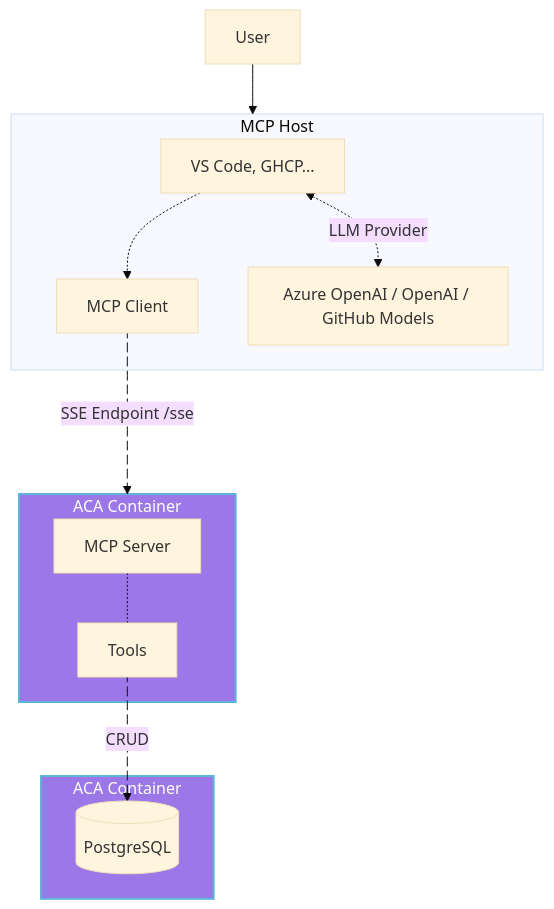
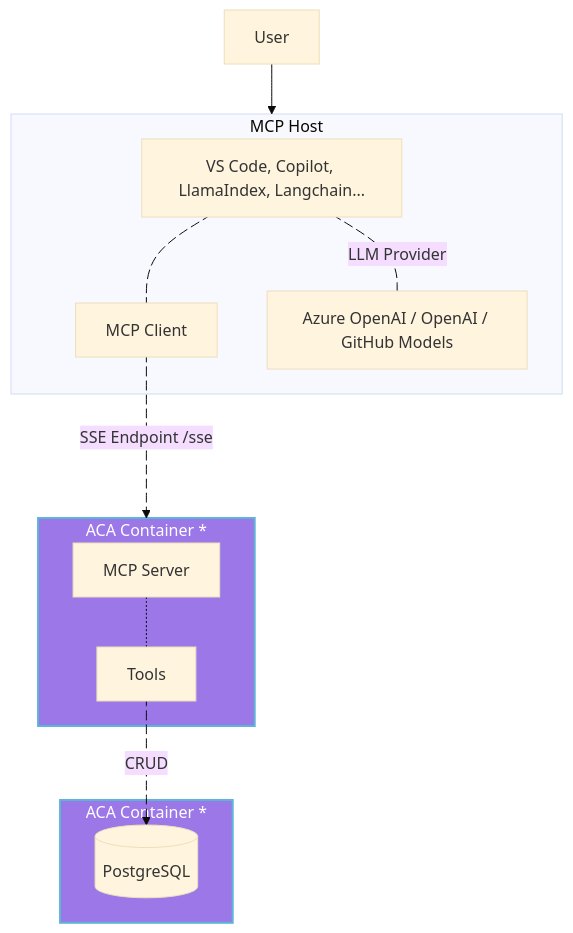
The diagram in README.md (jaganraajan/mcp-container-ts), drawn with Mermaid (base theme) before and after one commit. The commit also changed other lines of this file, not shown here.

Commit message:
docs: enhance quick start guide for clarity and detail

````diff
--- a/README.md
+++ b/README.md
@@ -29,30 +29,32 @@
 ```mermaid
 flowchart TD
     User[User]
-    Host["VS Code, GHCP..."]
+    Host["VS Code, Copilot, LlamaIndex, Langchain..."]
     ClientSSE[MCP Client]
     ServerSSE[MCP Server]
     Tools[Tools]
     LLM[Azure OpenAI / OpenAI / GitHub Models]
     Postgres[(PostgreSQL)]
 
     User --> host 
     subgraph host["MCP Host"]
-        Host -.-> ClientSSE
-        Host <-.-> |LLM Provider| LLM
+        Host h@-.- ClientSSE
+        Host i@-.- |LLM Provider| LLM
+        h@{ animate: true }
+        i@{ animate: true }
     end
     ClientSSE a@---> |"SSE Endpoint /sse"| server
     a@{ animate: true }
 
-    subgraph server["ACA Container"]
+    subgraph server["ACA Container *"]
         ServerSSE -.- Tools
     end
     style server fill:#9B77E8,color:#fff,stroke:#5EB4D8,stroke-width:2px
     
-    subgraph db["ACA Container"]
+    subgraph db["ACA Container *"]
         Tools b@--> |CRUD| Postgres
         b@{ animate: true }
     end
     style db fill:#9B77E8,color:#fff,stroke:#5EB4D8,stroke-width:2px
 
 ```
````
